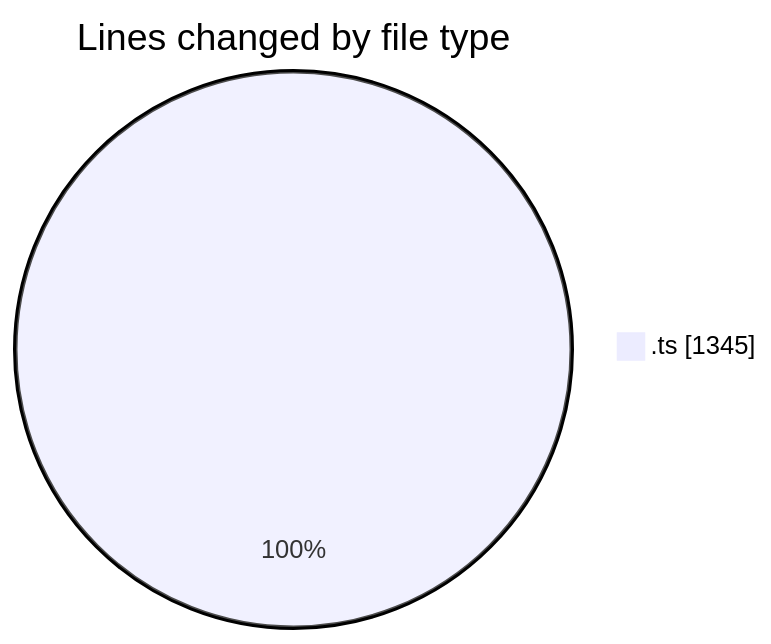
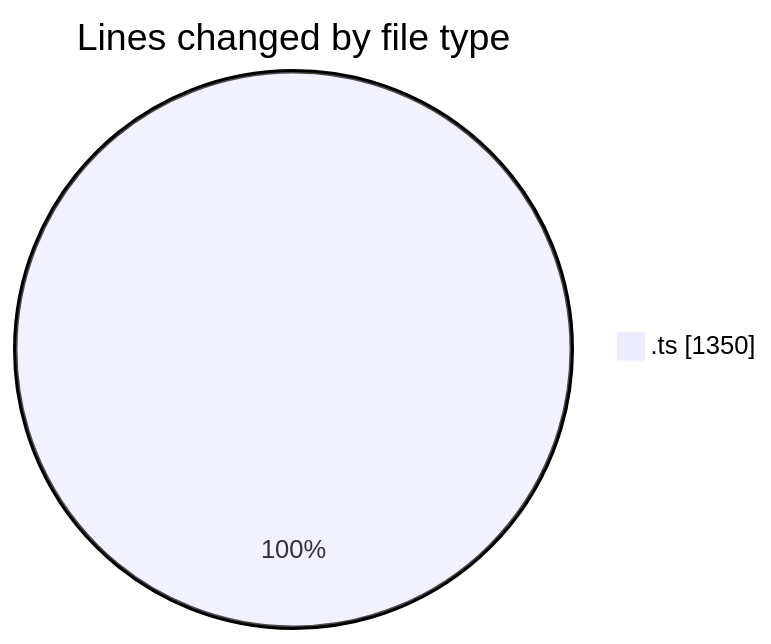
Before and after one commit to tmsrecording-cyber/code-tracking: the first of 2 diagrams in 2026-02-09/singularitybrainai/README.md, drawn with Mermaid. The commit also changed other lines of this file and 1 other file, not shown here.

````diff
--- a/2026-02-09/singularitybrainai/README.md
+++ b/2026-02-09/singularitybrainai/README.md
@@ -26,5 +26,5 @@
 ```mermaid
 pie showData
 title Lines changed by file type
-".ts" : 1345
+".ts" : 1350
 ```
````
